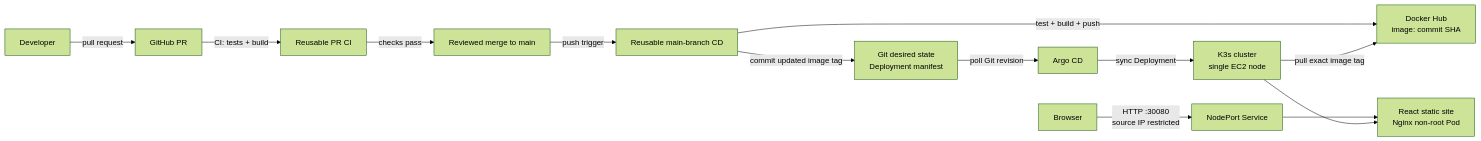
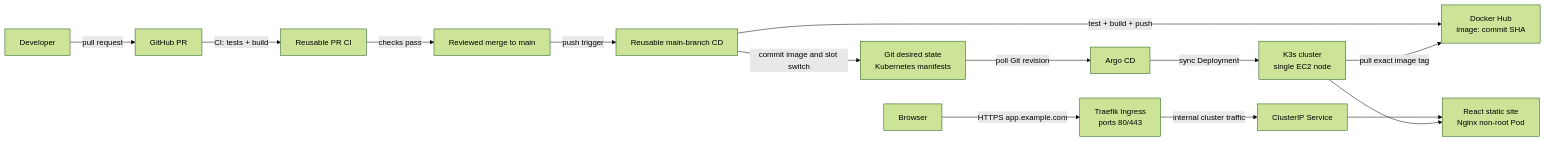
One commit to Roobini-code/k8s-app-deployment changed the diagram in doc/COMPLETE-HANDS-ON-GUIDE.md. Above: the diagram before and after it, drawn with Mermaid (forest theme). The commit also changed other lines of this file and 6 other files, not shown here.

````diff
--- a/doc/COMPLETE-HANDS-ON-GUIDE.md
+++ b/doc/COMPLETE-HANDS-ON-GUIDE.md
@@ -19,15 +20,16 @@
 ```mermaid
 flowchart LR
     Dev[Developer] -->|pull request| PR[GitHub PR]
     PR -->|CI: tests + build| CI[Reusable PR CI]
     CI -->|checks pass| Merge[Reviewed merge to main]
     Merge -->|push trigger| CD[Reusable main-branch CD]
     CD -->|test + build + push| DH[Docker Hub<br/>image: commit SHA]
-    CD -->|commit updated image tag| Git[Git desired state<br/>Deployment manifest]
+    CD -->|commit image and slot switch| Git[Git desired state<br/>Kubernetes manifests]
     Git -->|poll Git revision| Argo[Argo CD]
     Argo -->|sync Deployment| K3s[K3s cluster<br/>single EC2 node]
     K3s -->|pull exact image tag| DH
-    Browser -->|HTTP :30080<br/>source IP restricted| Service[NodePort Service]
+    Browser -->|HTTPS app.example.com| Traefik[Traefik Ingress<br/>ports 80/443]
+    Traefik -->|internal cluster traffic| Service[ClusterIP Service]
     Service --> Pod[React static site<br/>Nginx non-root Pod]
     K3s --> Pod
 ```
````
